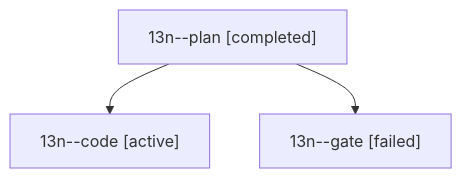
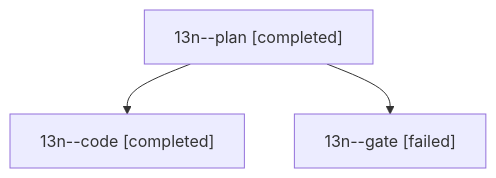
One commit to bobs-org/bob-cli--agents changed the diagram in sessions/bbugyi200.athena.13n.md. Above: the diagram before and after it, drawn with Mermaid. The commit also changed other lines of this file and 130 other files, not shown here.

````diff
--- a/sessions/bbugyi200.athena.13n.md
+++ b/sessions/bbugyi200.athena.13n.md
@@ -9,8 +9,8 @@
 ```mermaid
 flowchart TD
   n0["13n--plan [completed]"]
-  n1["13n--code [active]"]
+  n1["13n--code [completed]"]
   n0 --> n1
   n2["13n--gate [failed]"]
   n0 --> n2
 ```
````
